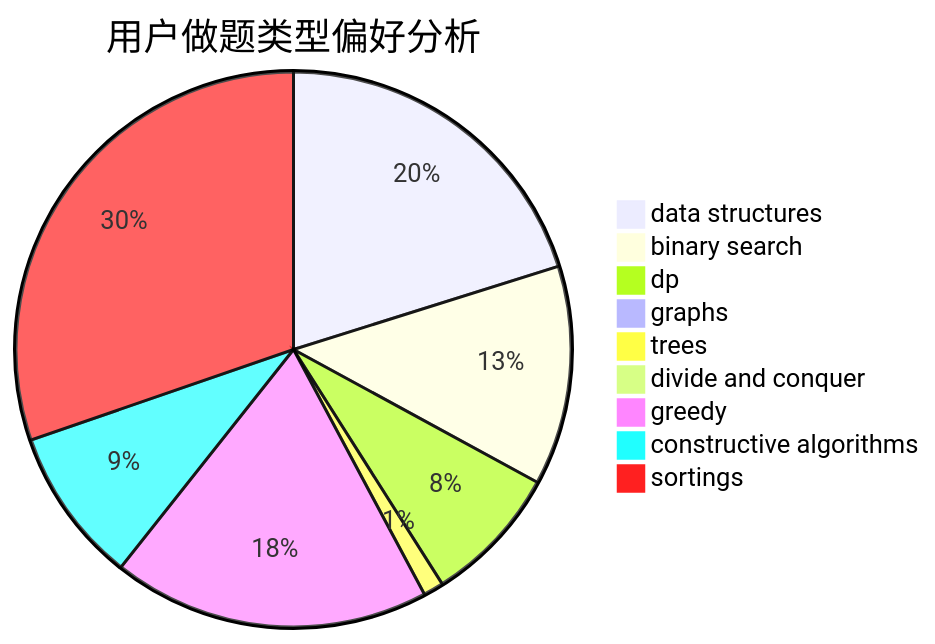
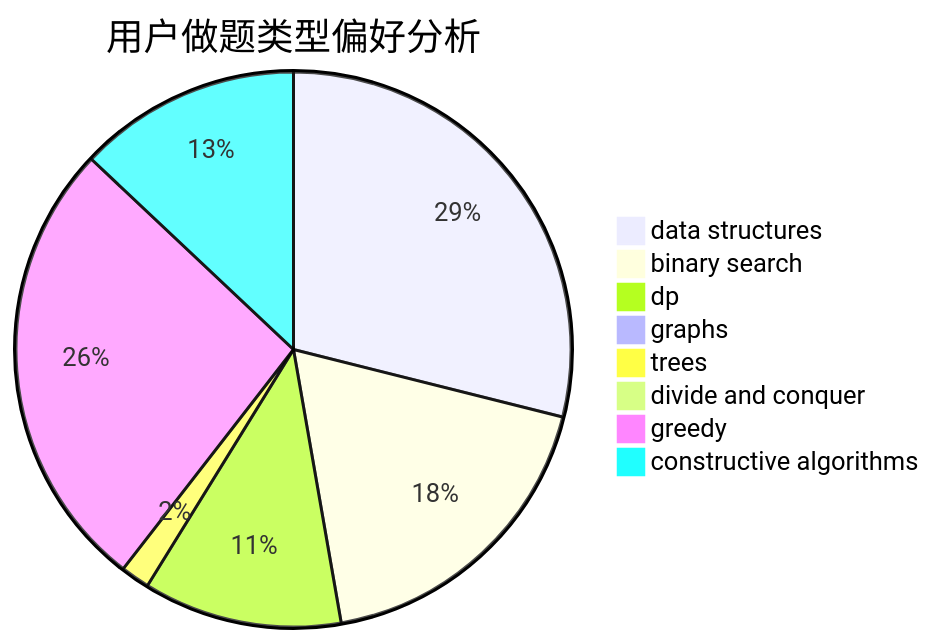
One commit to sherpahu/cfrs.github.io changed the second of 3 diagrams in docs/user/u2138.md. Above: the diagram before and after it, drawn with Mermaid. The commit also changed other lines of this file and 2769 other files, not shown here.

````diff
--- a/docs/user/u2138.md
+++ b/docs/user/u2138.md
@@ -18,12 +18,11 @@
 ```mermaid
 pie title 用户做题类型偏好分析
     "data structures" :  205
     "binary search" :  130
     "dp" :  82
     "graphs" :  6
     "trees" :  12
     "divide and conquer" :  0
     "greedy" :  188
     "constructive algorithms" :  92
-    "sortings" :  308
 ```
````
